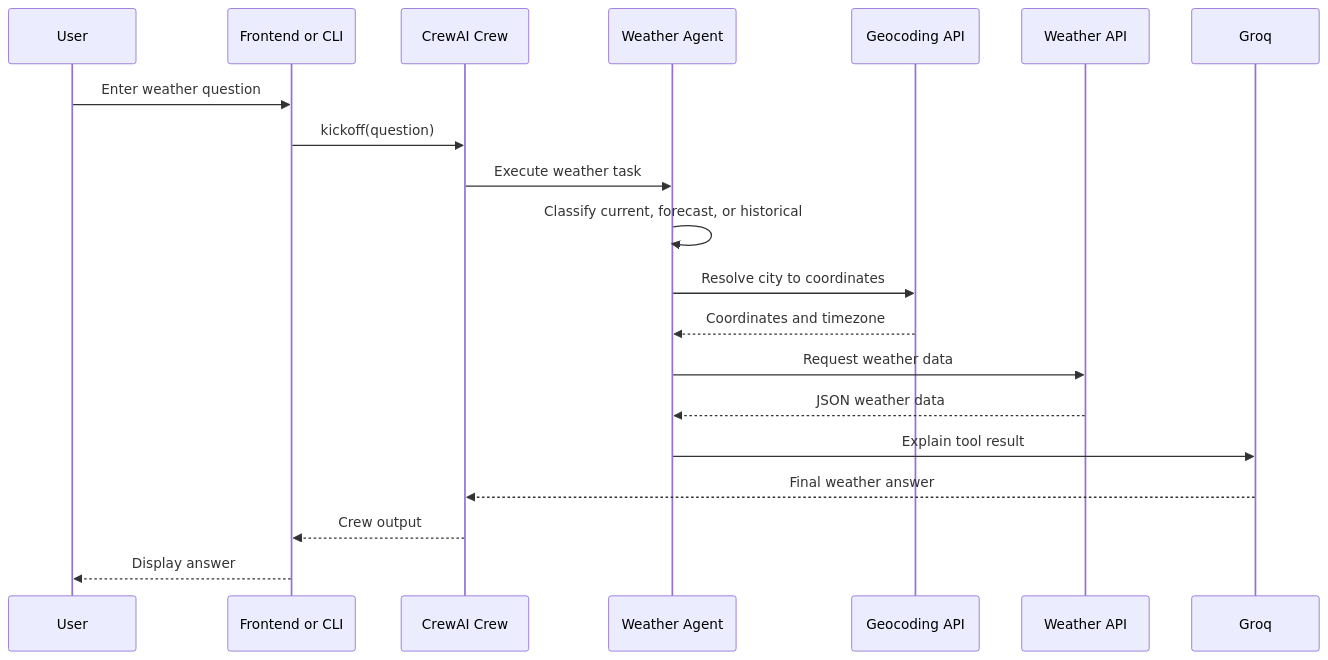
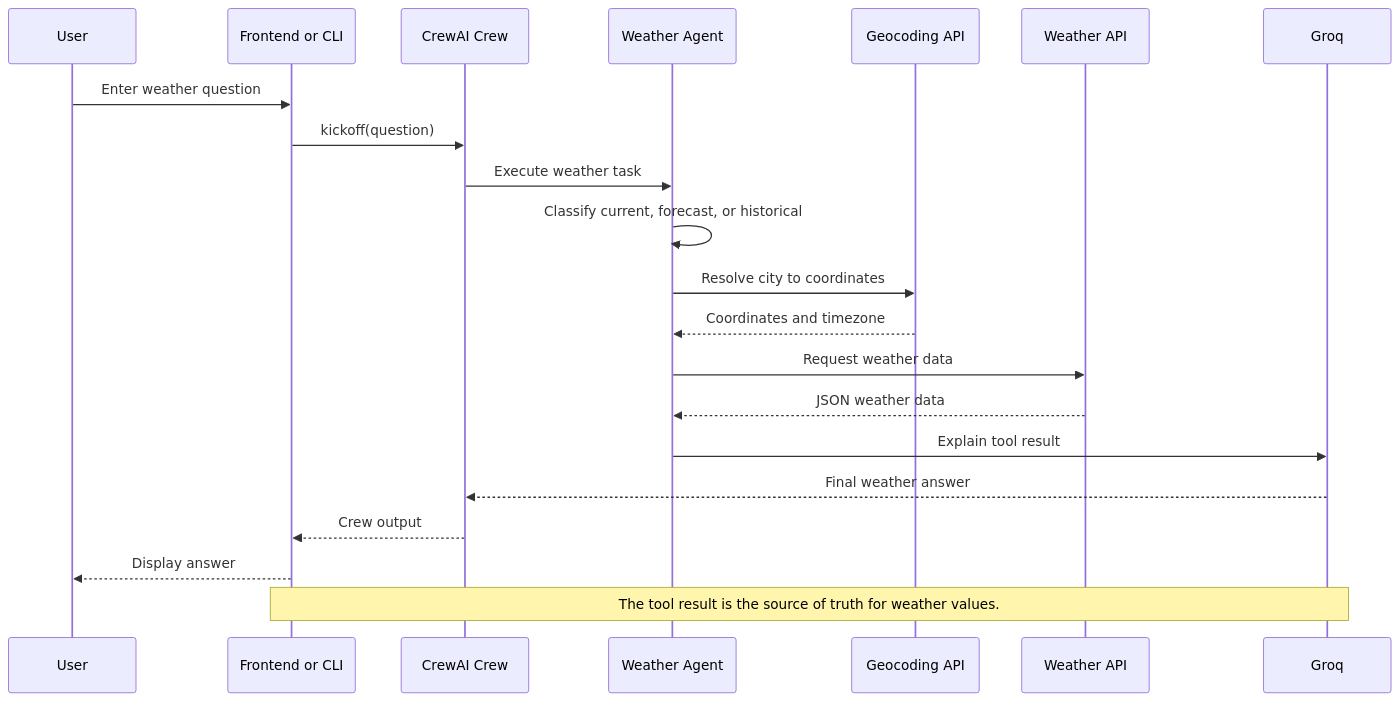
One commit to sharan1370/WeatherAI changed the second of 9 diagrams in README.md. Above: the diagram before and after it, drawn with Mermaid. The commit also changed other lines of this file, not shown here.

````diff
--- a/README.md
+++ b/README.md
@@ -188,23 +74,25 @@
 ```mermaid
 sequenceDiagram
     participant U as User
     participant F as Frontend or CLI
     participant C as CrewAI Crew
     participant A as Weather Agent
     participant G as Geocoding API
     participant W as Weather API
     participant L as Groq
 
     U->>F: Enter weather question
     F->>C: kickoff(question)
     C->>A: Execute weather task
     A->>A: Classify current, forecast, or historical
     A->>G: Resolve city to coordinates
     G-->>A: Coordinates and timezone
     A->>W: Request weather data
     W-->>A: JSON weather data
     A->>L: Explain tool result
     L-->>C: Final weather answer
     C-->>F: Crew output
     F-->>U: Display answer
+
+    Note over F,L: The tool result is the source of truth for weather values.
 ```
````
